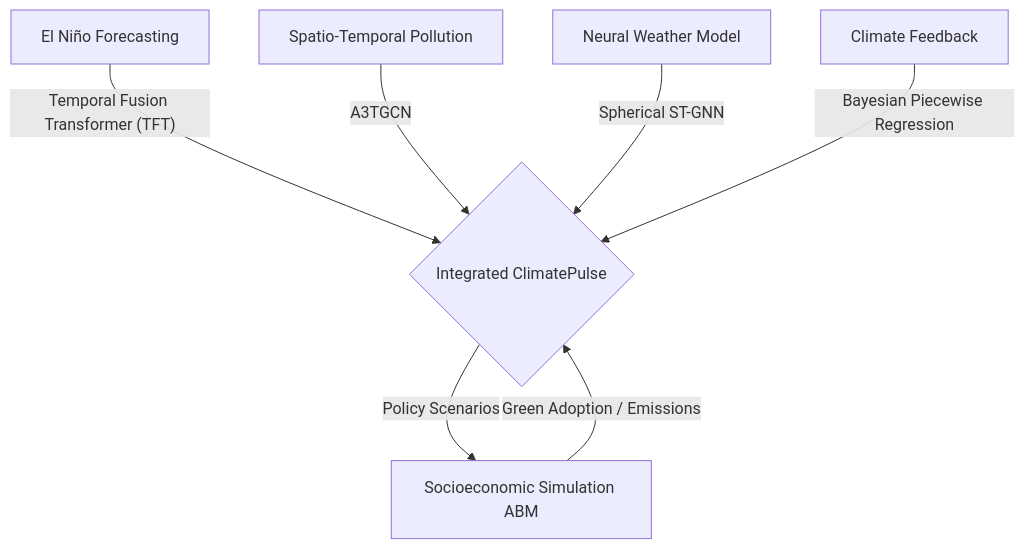
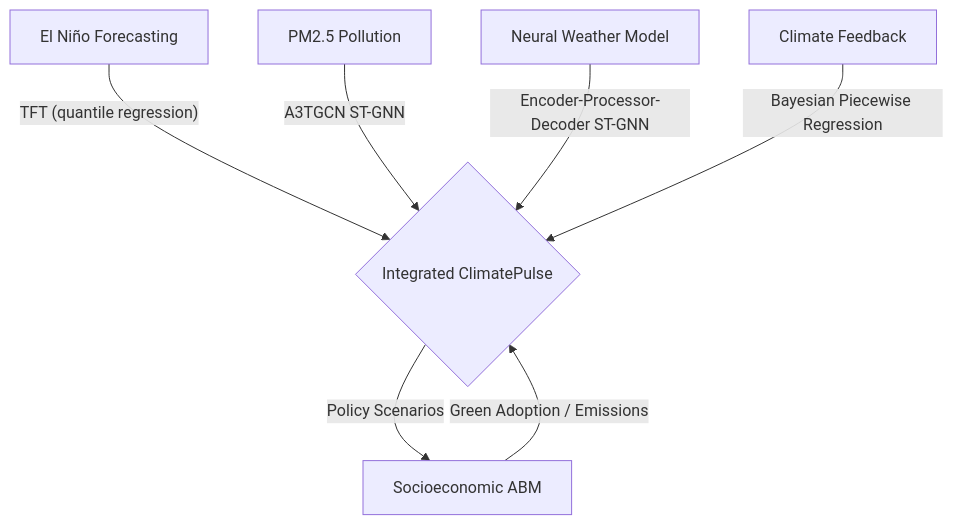
The second of 2 diagrams in docs/research_paper/research_paper.md (aditripaul/climate_pulse), drawn with Mermaid before and after one commit. The commit also changed other lines of this file and 1 other file, not shown here.

````diff
--- a/docs/research_paper/research_paper.md
+++ b/docs/research_paper/research_paper.md
@@ -158,10 +159,10 @@
 ```mermaid
 flowchart TD
-    A["El Niño Forecasting"] -->|"Temporal Fusion Transformer (TFT)"| E
-    B["Spatio-Temporal Pollution"] -->|"A3TGCN"| E
-    C["Neural Weather Model"] -->|"Spherical ST-GNN"| E
+    A["El Niño Forecasting"] -->|"TFT (quantile regression)"| E
+    B["PM2.5 Pollution"] -->|"A3TGCN ST-GNN"| E
+    C["Neural Weather Model"] -->|"Encoder-Processor-Decoder ST-GNN"| E
     D2["Climate Feedback"] -->|"Bayesian Piecewise Regression"| E
 
-    E{"Integrated ClimatePulse"} -->|"Policy Scenarios"| D["Socioeconomic Simulation ABM"]
+    E{"Integrated ClimatePulse"} -->|"Policy Scenarios"| D["Socioeconomic ABM"]
     D -->|"Green Adoption / Emissions"| E
 ```
````
